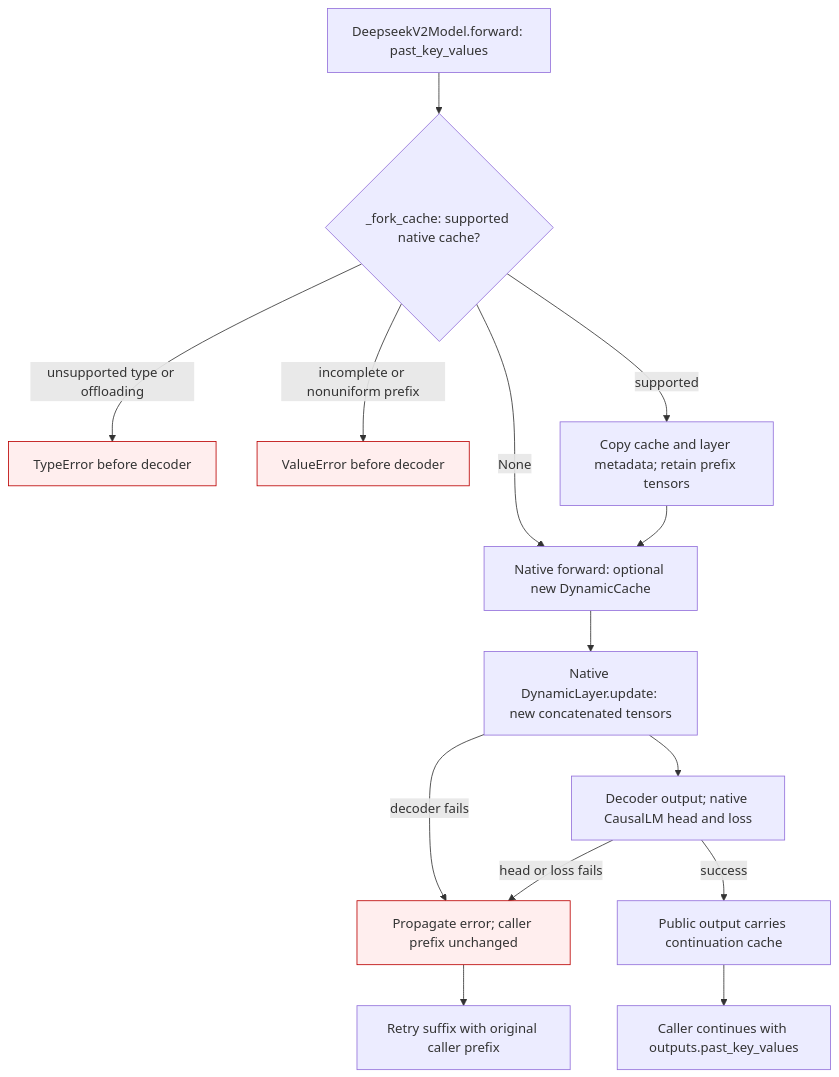
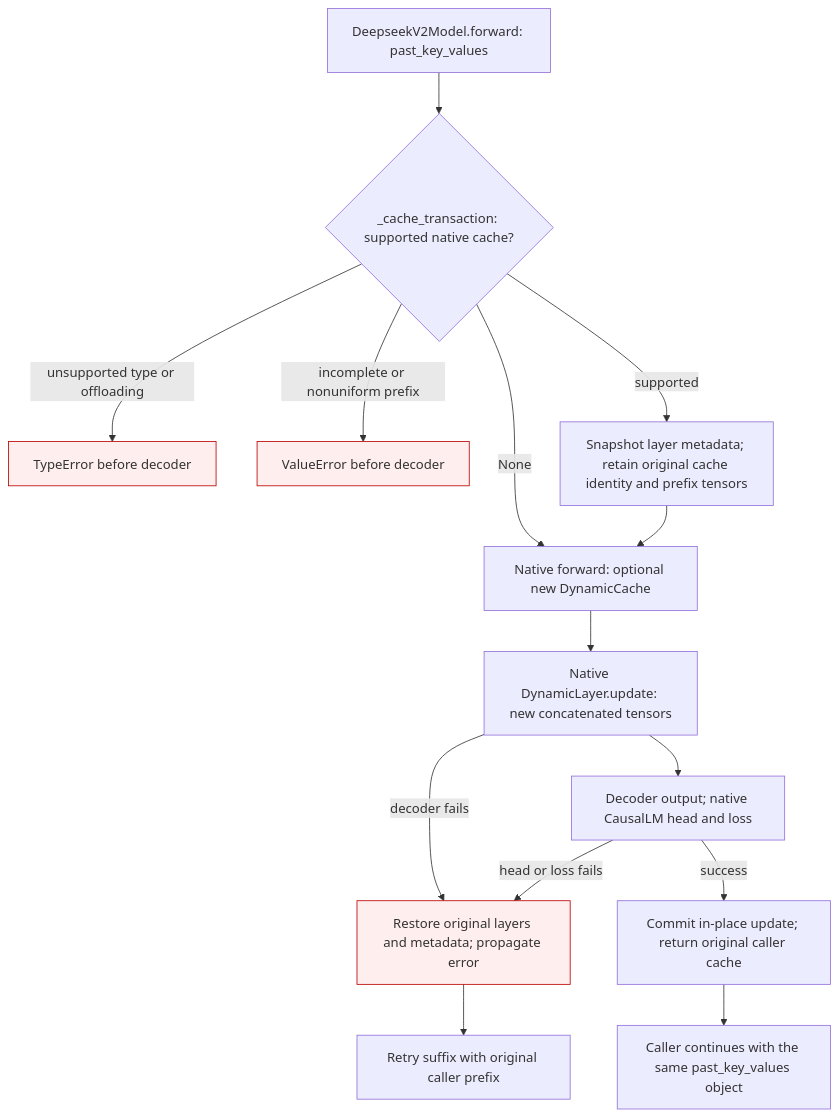
The ninth of 19 diagrams in docs/transformers5-model-ports.md (ModelCloud/GPTQModel), drawn with Mermaid before and after one commit. The commit also changed other lines of this file and 23 other files, not shown here.

````diff
--- a/docs/transformers5-model-ports.md
+++ b/docs/transformers5-model-ports.md
@@ -211,18 +430,18 @@
 ```mermaid
 flowchart TD
-    A["DeepseekV2Model.forward: past_key_values"] --> B{"_fork_cache: supported native cache?"}
+    A["DeepseekV2Model.forward: past_key_values"] --> B{"_cache_transaction: supported native cache?"}
     B -->|unsupported type or offloading| X[TypeError before decoder]
     B -->|incomplete or nonuniform prefix| Y[ValueError before decoder]
-    B -->|supported| C[Copy cache and layer metadata; retain prefix tensors]
+    B -->|supported| C[Snapshot layer metadata; retain original cache identity and prefix tensors]
     B -->|None| D["Native forward: optional new DynamicCache"]
     C --> D
     D --> E["Native DynamicLayer.update: new concatenated tensors"]
     E --> F[Decoder output; native CausalLM head and loss]
-    E -->|decoder fails| G[Propagate error; caller prefix unchanged]
+    E -->|decoder fails| G[Restore original layers and metadata; propagate error]
     F -->|head or loss fails| G
-    F -->|success| H[Public output carries continuation cache]
-    H --> I["Caller continues with outputs.past_key_values"]
+    F -->|success| H[Commit in-place update; return original caller cache]
+    H --> I["Caller continues with the same past_key_values object"]
     G --> J[Retry suffix with original caller prefix]
     classDef failure fill:#fee,stroke:#b00
     class X,Y,G failure
 ```
````
